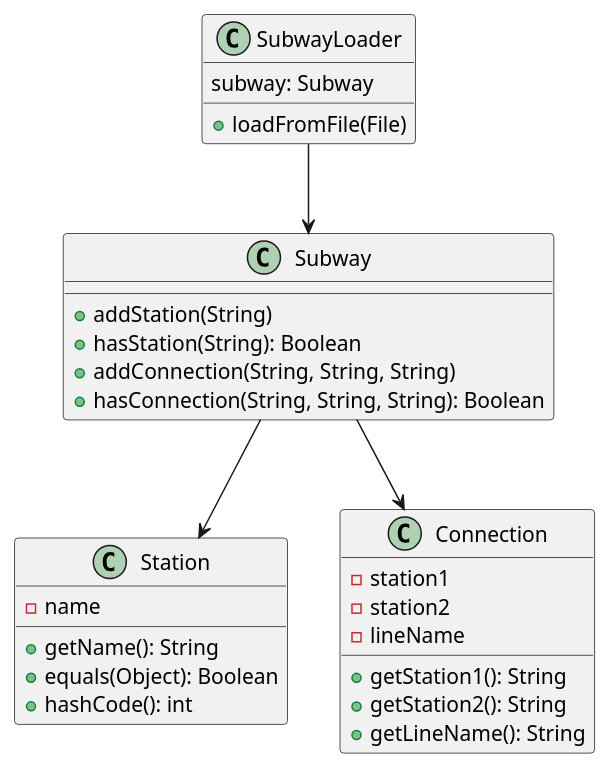
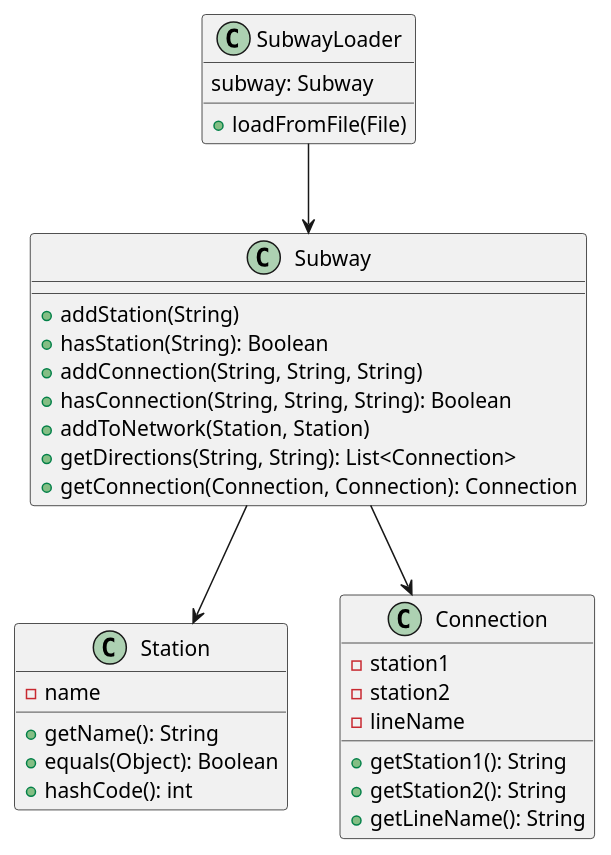
The diagram in class-diagram.puml (vscarmena/objectville-route-finder), drawn with PlantUML before and after one commit. The commit also changed 1 other file, not shown here.

Commit message:
updated uml from diagram class

```diff
--- a/class-diagram.puml
+++ b/class-diagram.puml
@@ -1,36 +1,39 @@
 @startuml
 
 class SubwayLoader {
     subway: Subway
     + loadFromFile(File)
 }
 
 class Subway {
     + addStation(String)
     + hasStation(String): Boolean
     + addConnection(String, String, String)
     + hasConnection(String, String, String): Boolean
+    + addToNetwork(Station, Station)
+    + getDirections(String, String): List<Connection>
+    + getConnection(Connection, Connection): Connection
 }
 
 class Station {
     - name
     + getName(): String
     + equals(Object): Boolean
     + hashCode(): int
 }
 
 class Connection {
     - station1
     - station2
     - lineName
     + getStation1(): String
     + getStation2(): String
     + getLineName(): String
 }
 
 SubwayLoader --> Subway
 
 Subway --> Station
 Subway --> Connection
 
 @enduml
```
